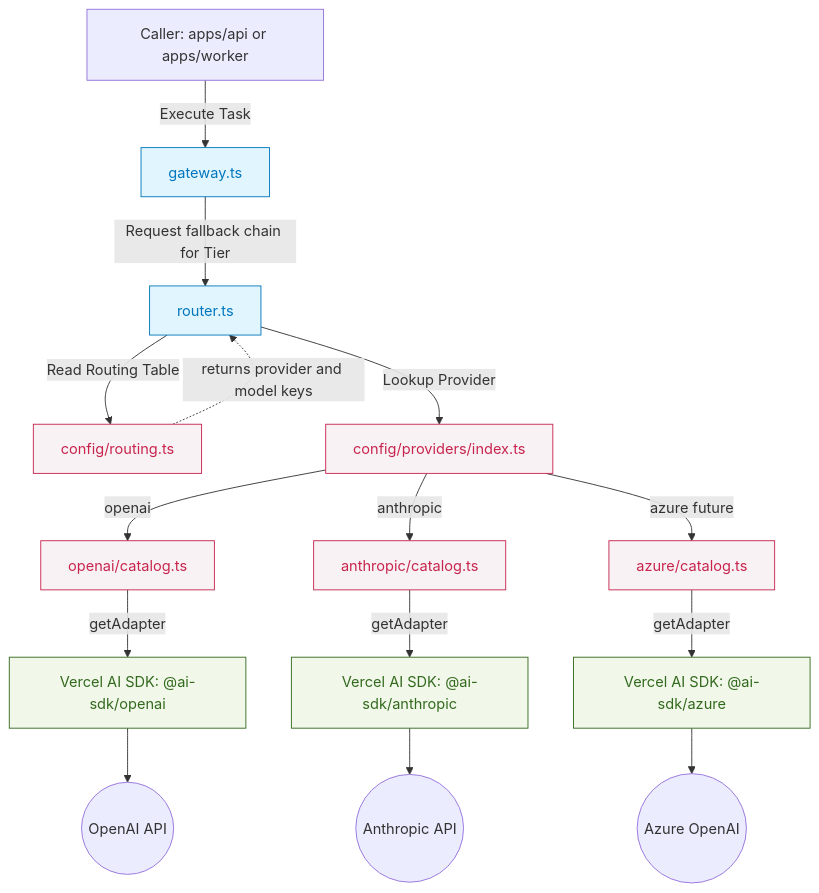
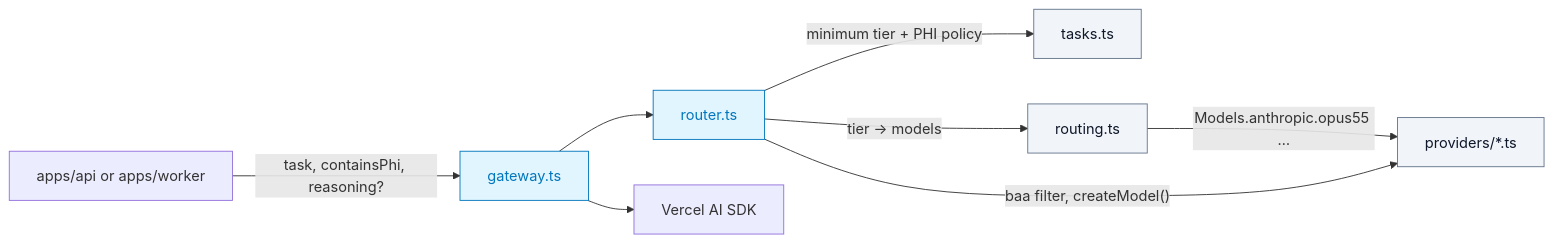
The diagram in packages/agents/README.md (imRahul05/ASC-EHR), drawn with Mermaid before and after one commit. The commit also changed other lines of this file and 25 other files, not shown here.

First line of the commit message:
refactor(agents): typed single-source model config (Reasoning, Task, defineProvider, routing profiles)

````diff
--- a/packages/agents/README.md
+++ b/packages/agents/README.md
@@ -11,27 +17,12 @@
 ```mermaid
-flowchart TD
-    %% Colors and Styling
-    classDef file fill:#f9f2f4,color:#c7254e,stroke:#c7254e,stroke-width:1px
-    classDef logic fill:#e1f5fe,color:#0277bd,stroke:#0277bd,stroke-width:1px
-    classDef external fill:#f1f8e9,color:#33691e,stroke:#33691e,stroke-width:1px
-
-    Consumer["Caller: apps/api or apps/worker"] -->|Execute Task| Gateway["gateway.ts"]:::logic
-    Gateway -->|Request fallback chain for Tier| Router["router.ts"]:::logic
-    
-    Router -->|Read Routing Table| ConfigRouting["config/routing.ts"]:::file
-    ConfigRouting -.->|returns provider and model keys| Router
-    
-    Router -->|Lookup Provider| Registry["config/providers/index.ts"]:::file
-    
-    Registry -->|openai| OpenAICatalog["openai/catalog.ts"]:::file
-    Registry -->|anthropic| AnthropicCatalog["anthropic/catalog.ts"]:::file
-    Registry -->|azure future| AzureCatalog["azure/catalog.ts"]:::file
-
-    OpenAICatalog -->|getAdapter| VercelOpenAI["Vercel AI SDK: @ai-sdk/openai"]:::external
-    AnthropicCatalog -->|getAdapter| VercelAnthropic["Vercel AI SDK: @ai-sdk/anthropic"]:::external
-    AzureCatalog -->|getAdapter| VercelAzure["Vercel AI SDK: @ai-sdk/azure"]:::external
-
-    VercelOpenAI --> OpenAIAPI(("OpenAI API"))
-    VercelAnthropic --> AnthropicAPI(("Anthropic API"))
-    VercelAzure --> AzureAPI(("Azure OpenAI"))
+flowchart LR
+    classDef cfg fill:#f1f5f9,stroke:#64748b,color:#0f172a
+    classDef logic fill:#e1f5fe,stroke:#0277bd,color:#0277bd
+    Caller["apps/api or apps/worker"] -->|"task, containsPhi, reasoning?"| Gateway["gateway.ts"]:::logic
+    Gateway --> Router["router.ts"]:::logic
+    Router -->|"minimum tier + PHI policy"| Tasks["tasks.ts"]:::cfg
+    Router -->|"tier → models"| Routing["routing.ts"]:::cfg
+    Routing -->|"Models.anthropic.opus55 …"| Providers["providers/*.ts"]:::cfg
+    Router -->|"baa filter, createModel()"| Providers
+    Gateway --> SDK["Vercel AI SDK"]
 ```
````
